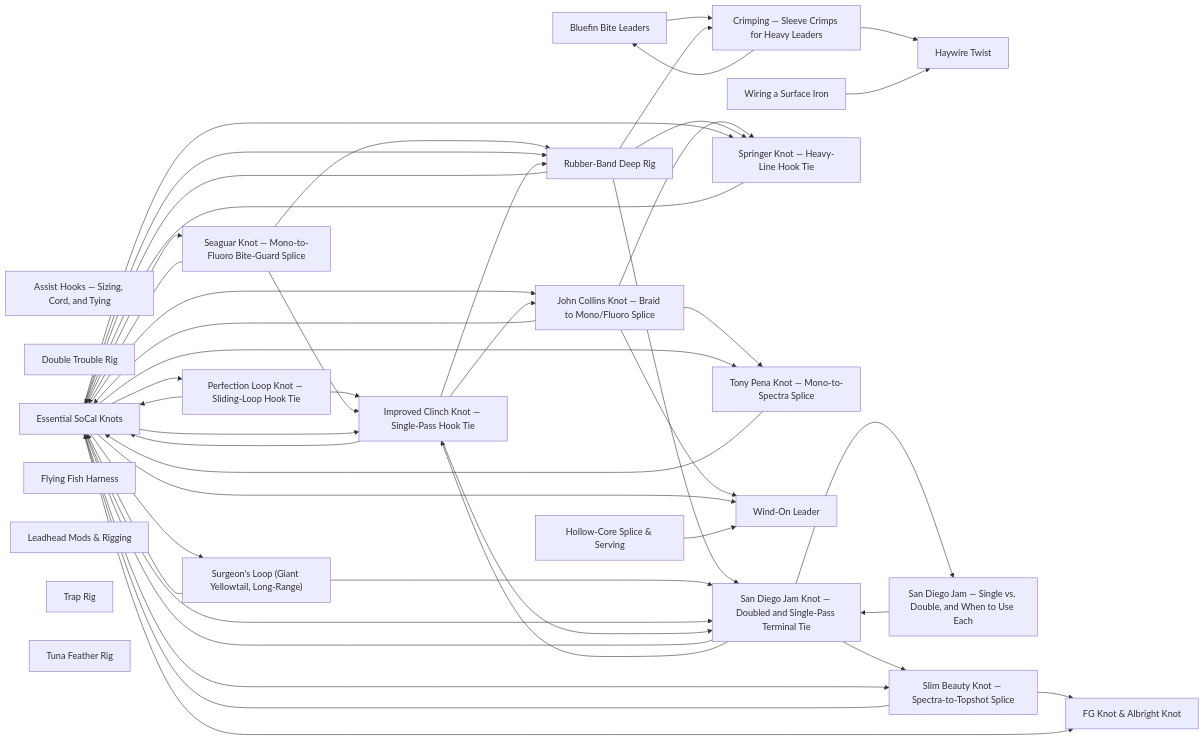
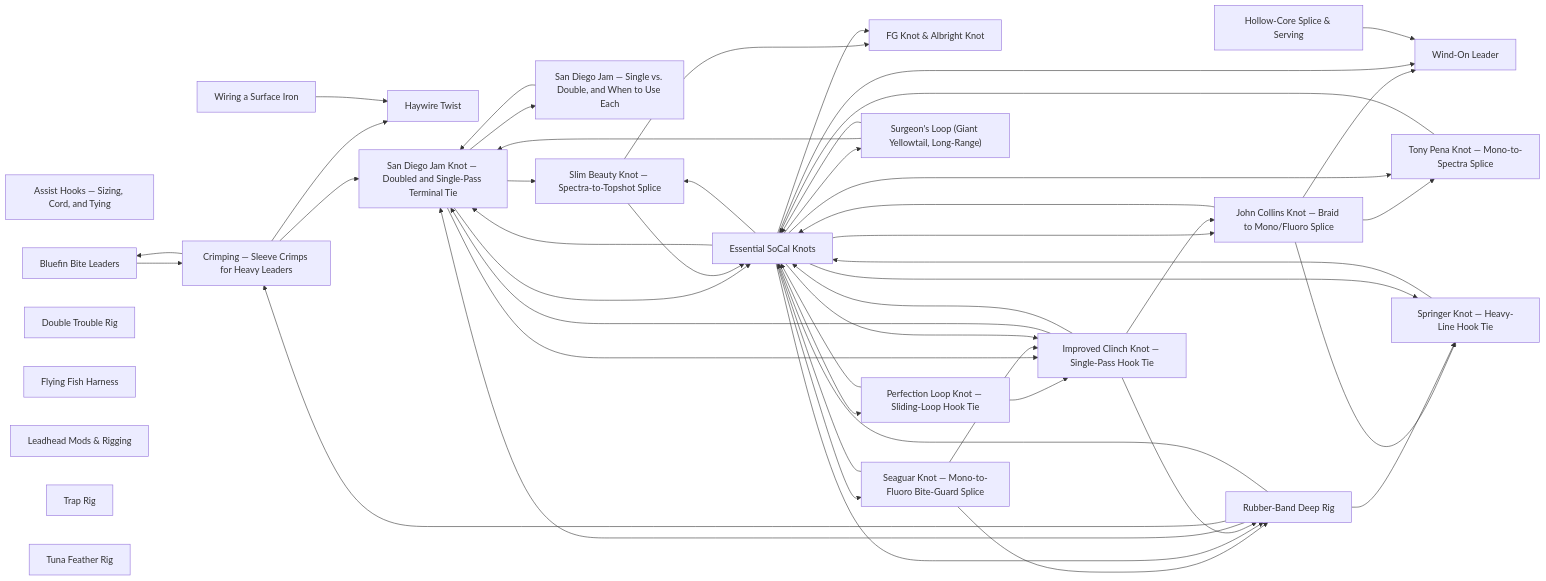
One commit to camchuckpete-max/Socal-Fishing-Knowledge changed the diagram in rigging/README.md. Above: the diagram before and after it, drawn with Mermaid. The commit also changed other lines of this file and 17 other files, not shown here.

````diff
--- a/rigging/README.md
+++ b/rigging/README.md
@@ -38,73 +38,74 @@
 ```mermaid
 graph LR
   n0["Assist Hooks — Sizing, Cord, and Tying"]
   n1["Bluefin Bite Leaders"]
   n2["Crimping — Sleeve Crimps for Heavy Leaders"]
   n3["Double Trouble Rig"]
   n4["Essential SoCal Knots"]
   n5["FG Knot & Albright Knot"]
   n6["Flying Fish Harness"]
   n7["Haywire Twist"]
   n8["Hollow-Core Splice & Serving"]
   n9["Improved Clinch Knot — Single-Pass Hook Tie"]
   n10["John Collins Knot — Braid to Mono/Fluoro Splice"]
   n11["Leadhead Mods & Rigging"]
   n12["Perfection Loop Knot — Sliding-Loop Hook Tie"]
   n13["Rubber-Band Deep Rig"]
   n14["San Diego Jam Knot — Doubled and Single-Pass Terminal Tie"]
   n15["San Diego Jam — Single vs. Double, and When to Use Each"]
   n16["Seaguar Knot — Mono-to-Fluoro Bite-Guard Splice"]
   n17["Slim Beauty Knot — Spectra-to-Topshot Splice"]
   n18["Springer Knot — Heavy-Line Hook Tie"]
   n19["Surgeon's Loop (Giant Yellowtail, Long-Range)"]
   n20["Tony Pena Knot — Mono-to-Spectra Splice"]
   n21["Trap Rig"]
   n22["Tuna Feather Rig"]
   n23["Wind-On Leader"]
   n24["Wiring a Surface Iron"]
   n1 --> n2
   n10 --> n18
   n10 --> n20
   n10 --> n23
   n10 --> n4
   n12 --> n4
   n12 --> n9
   n13 --> n14
   n13 --> n18
   n13 --> n2
   n13 --> n4
   n14 --> n15
   n14 --> n17
   n14 --> n4
   n14 --> n9
   n15 --> n14
   n16 --> n13
   n16 --> n4
   n16 --> n9
   n17 --> n4
   n17 --> n5
   n18 --> n4
   n19 --> n14
   n19 --> n4
   n2 --> n1
+  n2 --> n14
   n2 --> n7
   n20 --> n4
   n24 --> n7
   n4 --> n10
   n4 --> n12
   n4 --> n13
   n4 --> n14
   n4 --> n16
   n4 --> n17
   n4 --> n18
   n4 --> n19
   n4 --> n20
   n4 --> n23
   n4 --> n5
   n4 --> n9
   n8 --> n23
   n9 --> n10
   n9 --> n13
   n9 --> n14
   n9 --> n4
 ```
````
